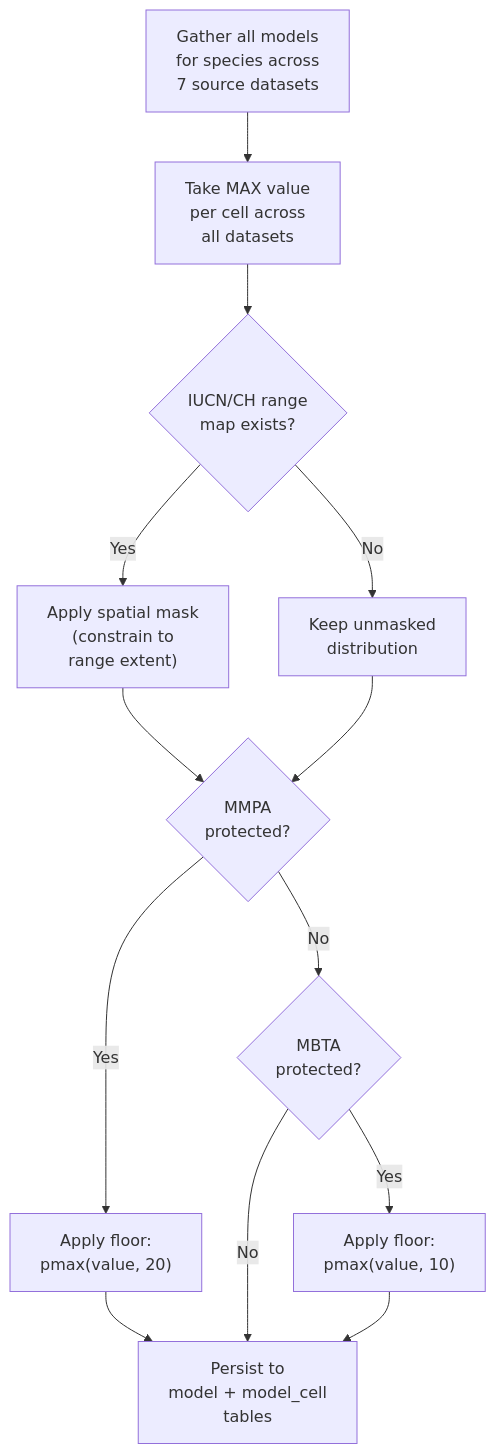
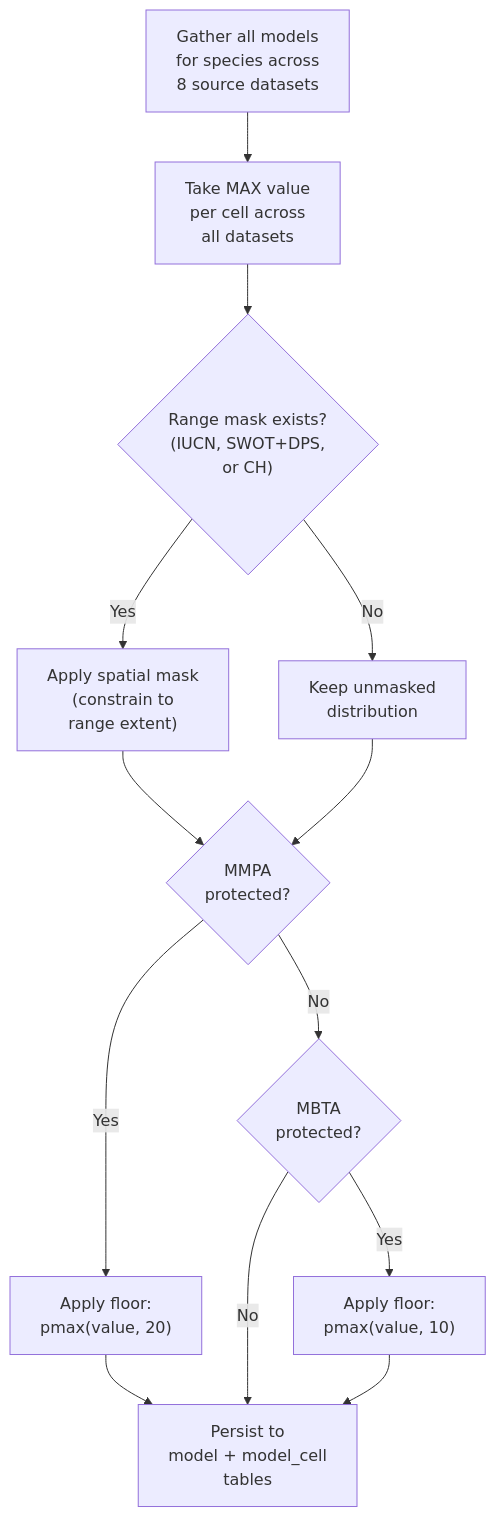
The diagram in model-merging.qmd (MarineSensitivity/docs), drawn with Mermaid before and after one commit. The commit also changed other lines of this file and 3 other files, not shown here.

Commit message:
+ SWOT-DPS, dataset refs, new msens::pmtiles mapping fxns

````diff
--- a/model-merging.qmd
+++ b/model-merging.qmd
@@ -9,18 +9,18 @@
 ```{mermaid}
 %%| label: fig-merge-pipeline
 %%| fig-cap: "Model merging pipeline for a single species."
 %%| fig-width: 6
 flowchart TD
-  A["Gather all models<br>for species across<br>7 source datasets"] --> B["Take MAX value<br>per cell across<br>all datasets"]
-  B --> C{"IUCN/CH range<br>map exists?"}
+  A["Gather all models<br>for species across<br>8 source datasets"] --> B["Take MAX value<br>per cell across<br>all datasets"]
+  B --> C{"Range mask exists?<br>(IUCN, SWOT+DPS,<br>or CH)"}
   C -->|Yes| D["Apply spatial mask<br>(constrain to<br>range extent)"]
   C -->|No| E["Keep unmasked<br>distribution"]
   D --> F{"MMPA<br>protected?"}
   E --> F
   F -->|Yes| G["Apply floor:<br>pmax(value, 20)"]
   F -->|No| H{"MBTA<br>protected?"}
   G --> I["Persist to<br>model + model_cell<br>tables"]
   H -->|Yes| J["Apply floor:<br>pmax(value, 10)"]
   H -->|No| I
   J --> I
 ```
````
